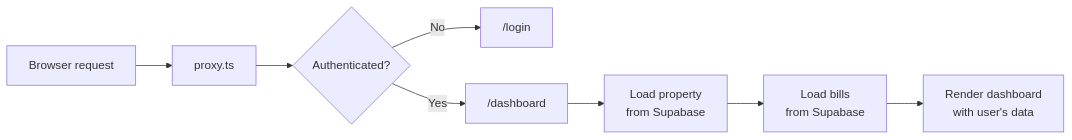
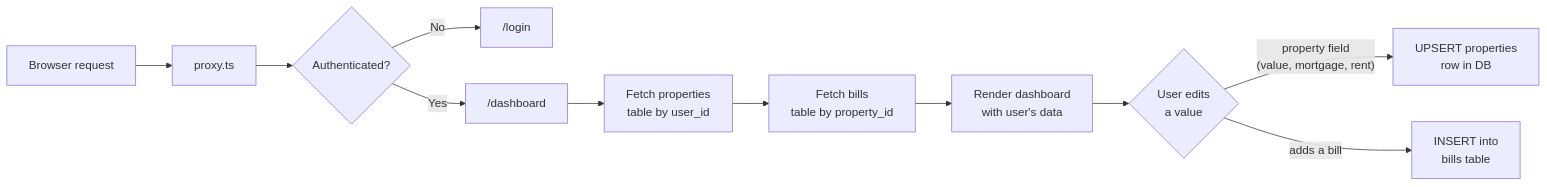
One commit to home-os-713/dash changed the fourth of 4 diagrams in ARCHITECTURE.md. Above: the diagram before and after it, drawn with Mermaid. The commit also changed other lines of this file, not shown here.

Commit message:
Update architecture diagrams to show DB read/write flows
System architecture now shows fetch vs upsert vs insert paths.
Request flow now shows properties/bills table queries and how
user edits map to DB operations.

````diff
--- a/ARCHITECTURE.md
+++ b/ARCHITECTURE.md
@@ -125,10 +128,13 @@
 ```mermaid
 flowchart LR
     A["Browser request"] --> B["proxy.ts"]
     B --> C{Authenticated?}
     C -->|No| D["/login"]
     C -->|Yes| E["/dashboard"]
-    E --> F["Load property\nfrom Supabase"]
-    F --> G["Load bills\nfrom Supabase"]
+    E --> F["Fetch properties\ntable by user_id"]
+    F --> G["Fetch bills\ntable by property_id"]
     G --> H["Render dashboard\nwith user's data"]
+    H --> I{User edits\na value}
+    I -->|"property field\n(value, mortgage, rent)"| J["UPSERT properties\nrow in DB"]
+    I -->|"adds a bill"| K["INSERT into\nbills table"]
 ```
````
